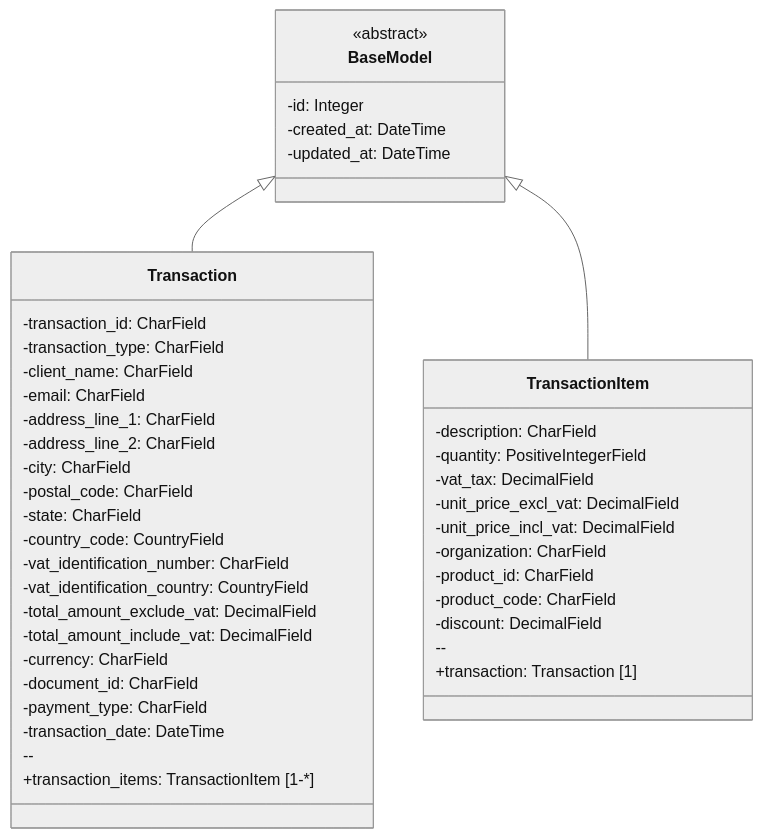
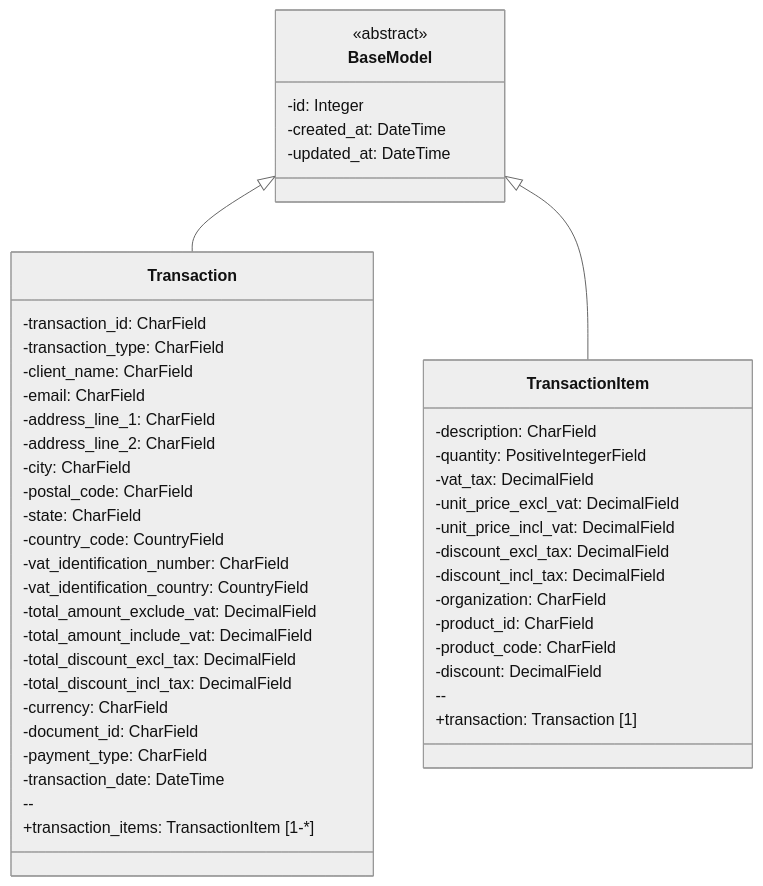
Before and after one commit to fccn/nau-financial-manager: the diagram in apps/billing/README.md, drawn with Mermaid (neutral theme). The commit also changed 7 other files, not shown here.

````diff
--- a/apps/billing/README.md
+++ b/apps/billing/README.md
@@ -8,46 +8,50 @@
 ```mermaid
 classDiagram
     class BaseModel {
         <<abstract>>
         -id: Integer
         -created_at: DateTime
         -updated_at: DateTime
     }
     class Transaction {
         -transaction_id: CharField
         -transaction_type: CharField
         -client_name: CharField
         -email: CharField
         -address_line_1: CharField
         -address_line_2: CharField
         -city: CharField
         -postal_code: CharField
         -state: CharField
         -country_code: CountryField
         -vat_identification_number: CharField
         -vat_identification_country: CountryField
         -total_amount_exclude_vat: DecimalField
         -total_amount_include_vat: DecimalField
+        -total_discount_excl_tax: DecimalField
+        -total_discount_incl_tax: DecimalField
         -currency: CharField
         -document_id: CharField
         -payment_type: CharField
         -transaction_date: DateTime
         --
         +transaction_items: TransactionItem [1-*]
     }
     class TransactionItem {
         -description: CharField
         -quantity: PositiveIntegerField
         -vat_tax: DecimalField
         -unit_price_excl_vat: DecimalField
         -unit_price_incl_vat: DecimalField
+        -discount_excl_tax: DecimalField
+        -discount_incl_tax: DecimalField
         -organization: CharField
         -product_id: CharField
         -product_code: CharField
         -discount: DecimalField
         --
         +transaction: Transaction [1]
     }
     BaseModel <|-- Transaction
     BaseModel <|-- TransactionItem
 ```
````
